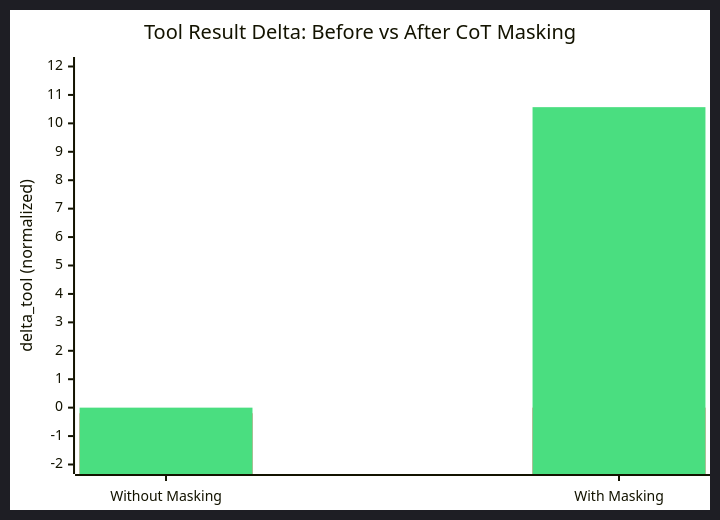
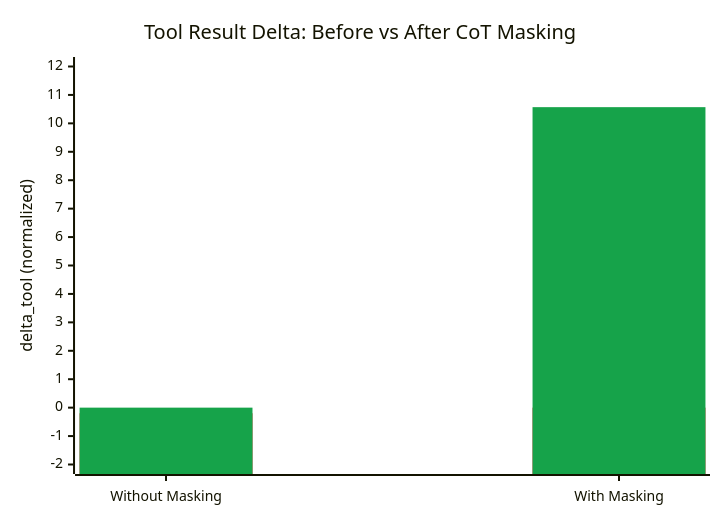
The third of 3 diagrams in docs/multi-turn-cot-masking.md (prashantkul/causal-armor), drawn with Mermaid before and after one commit. The commit also changed other lines of this file and 1 other file, not shown here.

First line of the commit message:
Use default Mermaid theme (white bg) for diagram readability

````diff
--- a/docs/multi-turn-cot-masking.md
+++ b/docs/multi-turn-cot-masking.md
@@ -125,11 +125,11 @@
 ```mermaid
-%%{init: {'theme': 'dark', 'themeVariables': {
-    'xyChart': {'plotColorPalette': '#ef4444, #4ade80'}
+%%{init: {'theme': 'default', 'themeVariables': {
+    'xyChart': {'plotColorPalette': '#dc2626, #16a34a'}
 }}}%%
 xychart-beta
     title "Tool Result Delta: Before vs After CoT Masking"
     x-axis ["Without Masking", "With Masking"]
     y-axis "delta_tool (normalized)" -2 --> 12
     bar [-0.1963, 0]
     bar [0, 10.5699]
 ```
````
